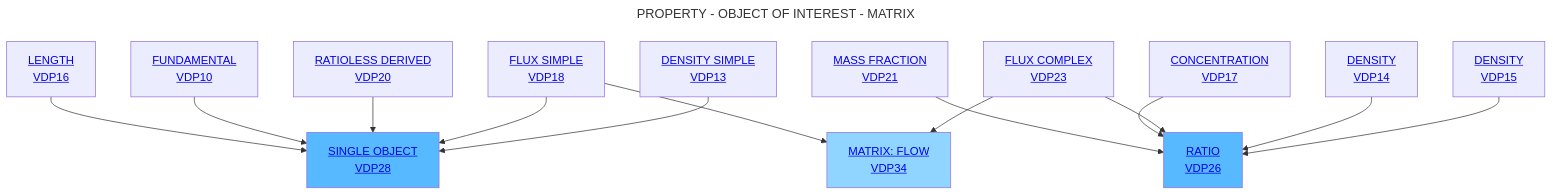
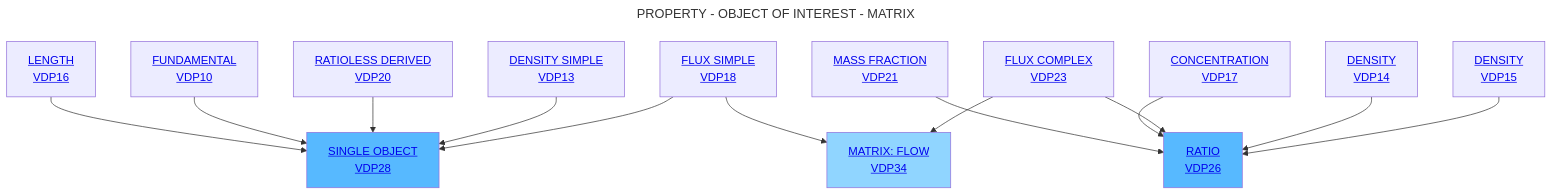
One commit to mabablue/I-ADOPT-patterns-playground changed the diagram in Decisition_trees/DT6.mmd. Above: the diagram before and after it, drawn with Mermaid.

```diff
--- a/Decisition_trees/DT6.mmd
+++ b/Decisition_trees/DT6.mmd
@@ -1,19 +1,19 @@
 ---
 title: PROPERTY - OBJECT OF INTEREST - MATRIX
 ---
 flowchart TD
     A[<a href='https://github.com/mabablue/I-ADOPT-patterns-playground/blob/main/pattern/VDP16.yaml'>LENGTH <br> VDP16</a>] --> C[<a href='https://github.com/mabablue/I-ADOPT-patterns-playground/blob/main/pattern/VDP28.yaml'>SINGLE OBJECT <br> VDP28</a>]:::satblue
     B[<a href='https://github.com/mabablue/I-ADOPT-patterns-playground/blob/main/pattern/VDP10.yaml'>FUNDAMENTAL <br> VDP10</a>]  --> C
     D[<a href='https://github.com/mabablue/I-ADOPT-patterns-playground/blob/main/pattern/VDP20.yaml'>RATIOLESS DERIVED <br> VDP20</a>] --> C
     L[<a href='https://github.com/mabablue/I-ADOPT-patterns-playground/blob/main/pattern/VDP21.yaml'>MASS FRACTION <br> VDP21</a>] --> F[<a href='https://github.com/mabablue/I-ADOPT-patterns-playground/blob/main/pattern/VDP26.yaml'>RATIO <br> VDP26</a>]:::satblue
     M[<a href='https://github.com/mabablue/I-ADOPT-patterns-playground/blob/main/pattern/VDP17.yaml'>CONCENTRATION <br> VDP17</a>] --> F
+    H[<a href='https://github.com/mabablue/I-ADOPT-patterns-playground/blob/main/pattern/VDP13.yaml'>DENSITY SIMPLE <br> VDP13</a>] --> C
+    I[<a href='https://github.com/mabablue/I-ADOPT-patterns-playground/blob/main/pattern/VDP23.yaml'>FLUX COMPLEX <br> VDP23</a>] --> F  
     Q[<a href='https://github.com/mabablue/I-ADOPT-patterns-playground/blob/main/pattern/VDP18.yaml'>FLUX SIMPLE <br> VDP18</a>] --> C
-    I[<a href='https://github.com/mabablue/I-ADOPT-patterns-playground/blob/main/pattern/VDP23.yaml'>FLUX COMPLEX <br> VDP23</a>] --> F
-    H[<a href='https://github.com/mabablue/I-ADOPT-patterns-playground/blob/main/pattern/VDP13.yaml'>DENSITY SIMPLE <br> VDP13</a>] --> C
     O[<a href='https://github.com/mabablue/I-ADOPT-patterns-playground/blob/main/pattern/VDP14.yaml'>DENSITY <br> VDP14</a>] --> F
     P[<a href='https://github.com/mabablue/I-ADOPT-patterns-playground/blob/main/pattern/VDP15.yaml'>DENSITY <br> VDP15</a>] --> F
     Q --> K[<a href='https://github.com/mabablue/I-ADOPT-patterns-playground/blob/main/pattern/VDP34.yaml'>MATRIX: FLOW <br> VDP34</a>]:::blue
     I --> K
 
    classDef blue fill:#90D5FF
    classDef satblue fill:#57B9FF
```
